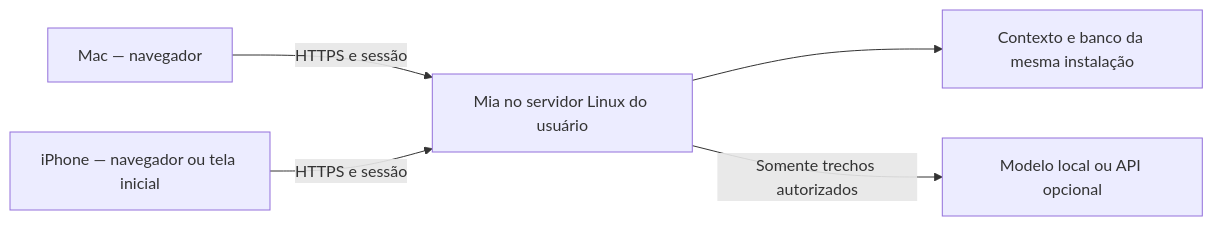
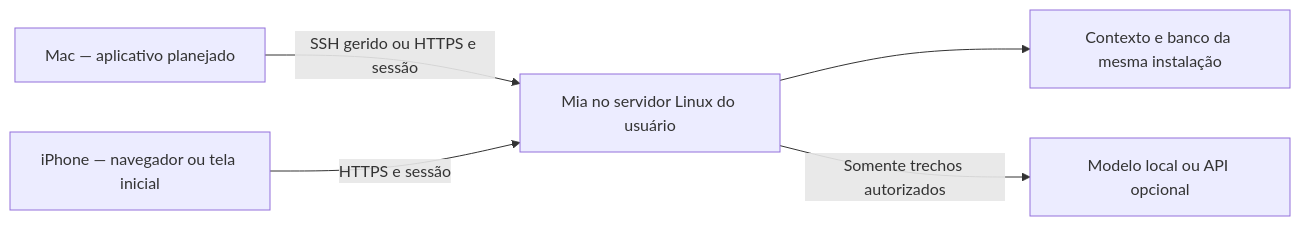
One commit to g6g6g8p8/mia changed the diagram in docs/EXPERIENCE-PLAN.md. Above: the diagram before and after it, drawn with Mermaid. The commit also changed other lines of this file and 8 other files, not shown here.

````diff
--- a/docs/EXPERIENCE-PLAN.md
+++ b/docs/EXPERIENCE-PLAN.md
@@ -60,7 +60,7 @@
 ```mermaid
 flowchart LR
-  Mac[Mac — navegador] -->|HTTPS e sessão| Mia[Mia no servidor Linux do usuário]
+  Mac[Mac — aplicativo planejado] -->|SSH gerido ou HTTPS e sessão| Mia[Mia no servidor Linux do usuário]
   Phone[iPhone — navegador ou tela inicial] -->|HTTPS e sessão| Mia
   Mia --> Store[Contexto e banco da mesma instalação]
   Mia -->|Somente trechos autorizados| Model[Modelo local ou API opcional]
 ```
````
